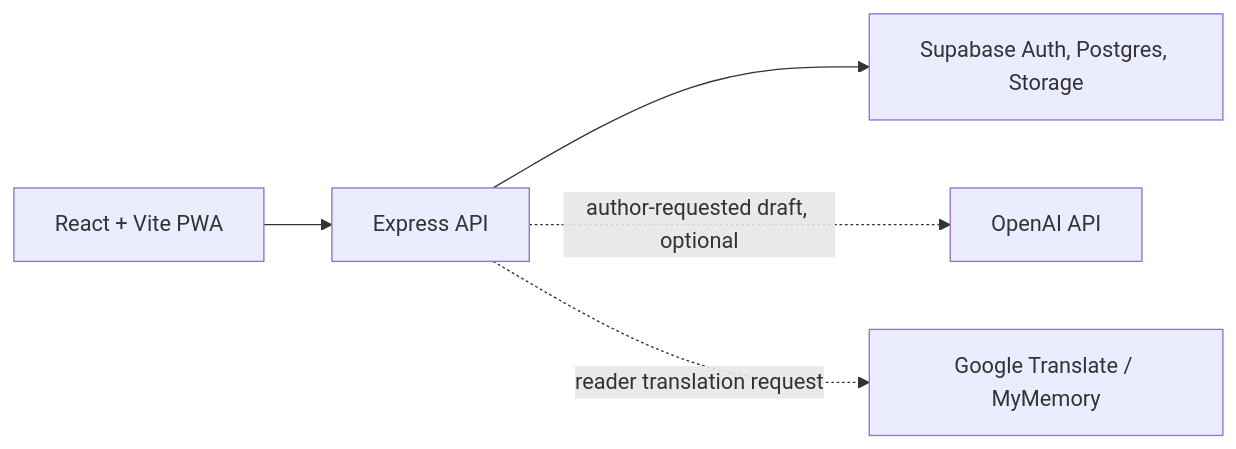
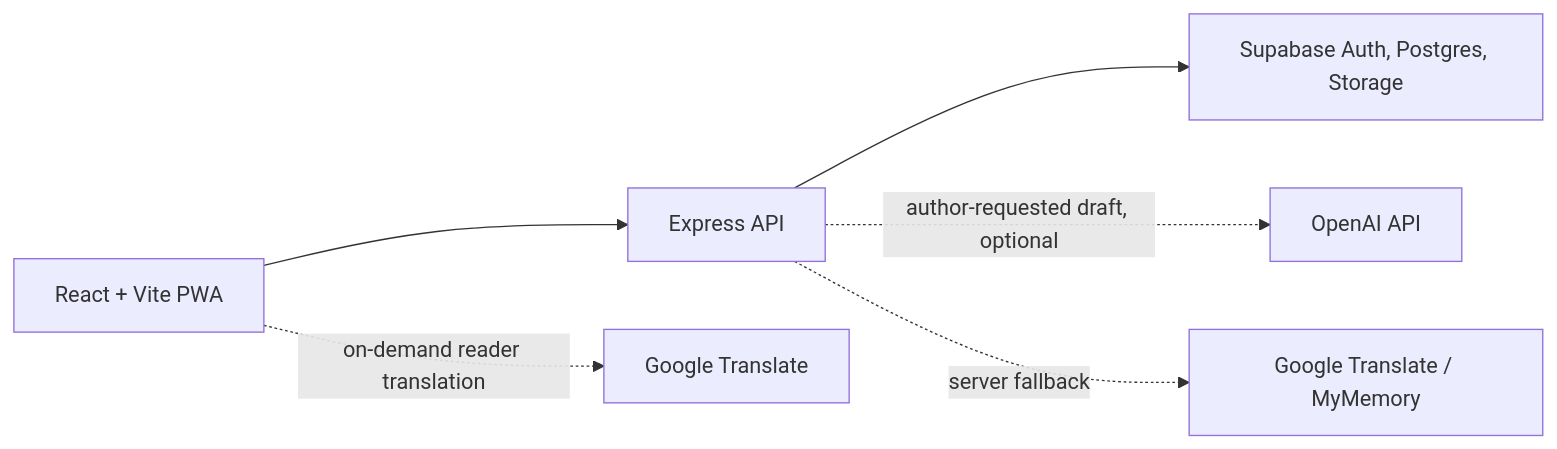
One commit to josuekb09/Story-Bridge changed the diagram in README.md. Above: the diagram before and after it, drawn with Mermaid. The commit also changed other lines of this file and 5 other files, not shown here.

Commit message:
Fix reader translation labels and fallback copy

````diff
--- a/README.md
+++ b/README.md
@@ -154,7 +154,8 @@
 ```mermaid
 flowchart LR
   Browser["React + Vite PWA"] --> API["Express API"]
   API --> Supabase["Supabase Auth, Postgres, Storage"]
   API -. "author-requested draft, optional" .-> OpenAI["OpenAI API"]
-  API -. "reader translation request" .-> MT["Google Translate / MyMemory"]
+  Browser -. "on-demand reader translation" .-> Google["Google Translate"]
+  API -. "server fallback" .-> MT["Google Translate / MyMemory"]
 ```
````
